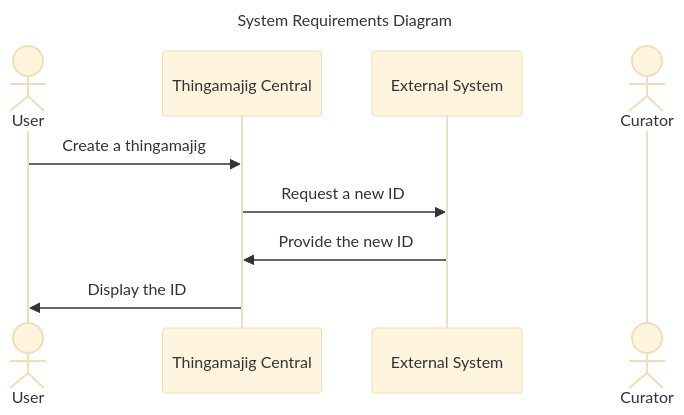
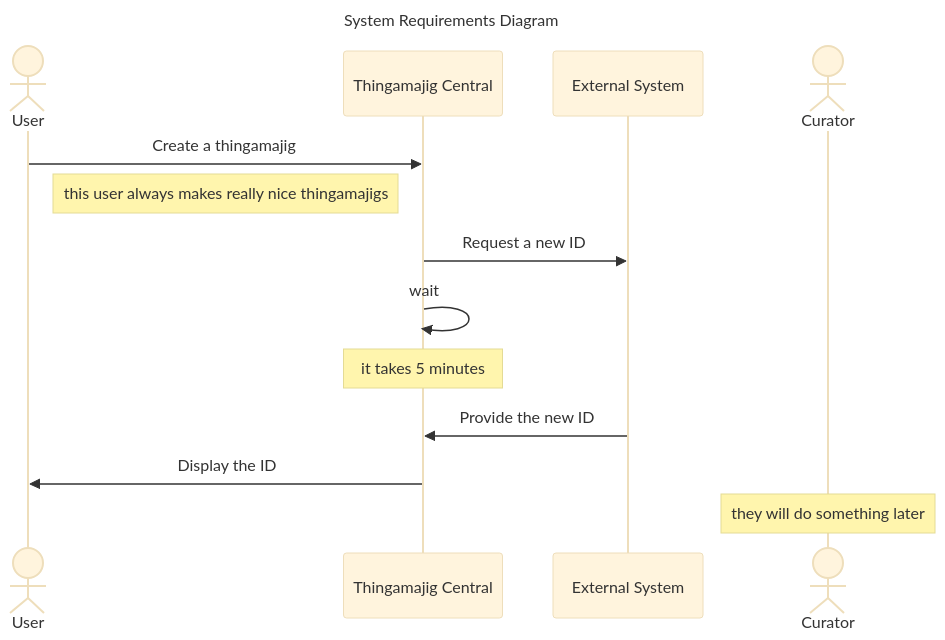
Before and after one commit to carolyncole/mermaid-wintersession: the diagram in lesson1-actors/flow-diagram.md, drawn with Mermaid (base theme).

Commit message:
lesson 3

````diff
--- a/lesson1-actors/flow-diagram.md
+++ b/lesson1-actors/flow-diagram.md
@@ -9,17 +9,20 @@
 ```mermaid
 sequenceDiagram
 title  System Requirements Diagram
 accTitle: System Requirements Sequence Diagram
 accDescr: A sequence diagram that shows what interactions we are expecting the system to have
 
 actor user as User
 participant system as Thingamajig Central
 participant external as External System
 actor curator as Curator
 
 user->>system: Create a thingamajig
+Note right of user: this user always makes really nice thingamajigs
 system ->> external: Request a new ID
+system ->> system: wait
+Note over system: it takes 5 minutes
 external ->> system: Provide the new ID
 system ->> user: Display the ID
-
+Note over curator: they will do something later
 ```
````
